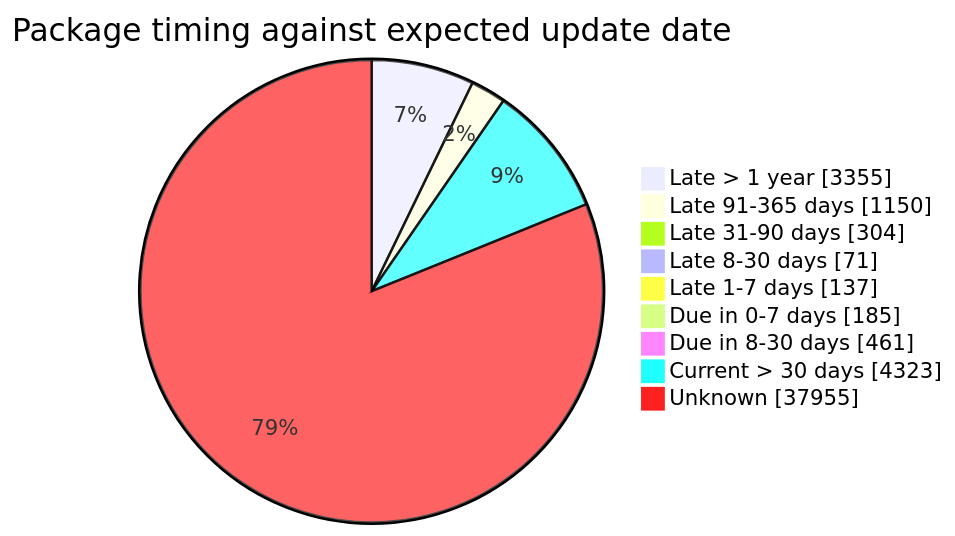
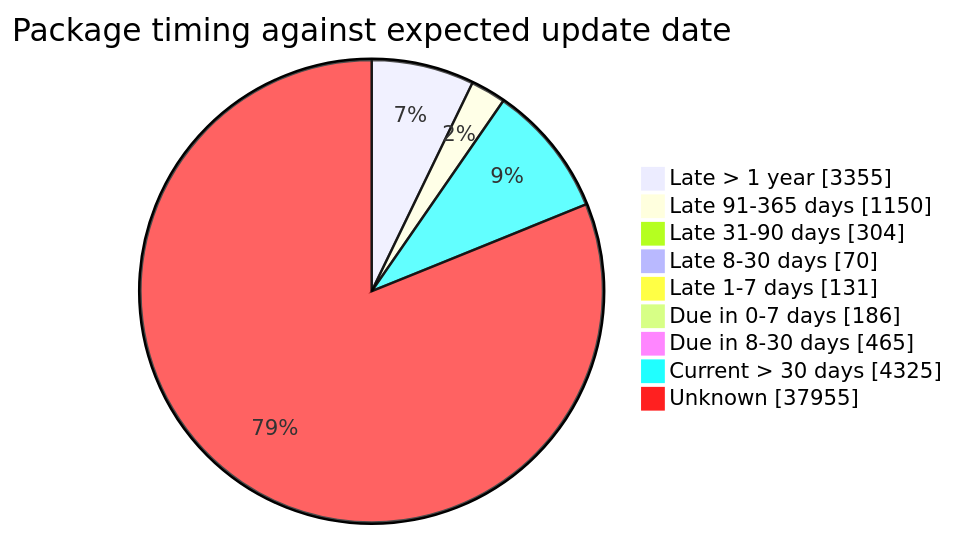
Before and after one commit to open-data/analytics-corporate-reporting: the fourth of 5 diagrams in FreshCheck/README.md, drawn with Mermaid. The commit also changed other lines of this file and 3 other files, not shown here.

````diff
--- a/FreshCheck/README.md
+++ b/FreshCheck/README.md
@@ -86,12 +86,12 @@
 ```mermaid
 pie showData title Package timing against expected update date
     "Late > 1 year": 3355
     "Late 91-365 days": 1150
     "Late 31-90 days": 304
-    "Late 8-30 days": 71
-    "Late 1-7 days": 137
-    "Due in 0-7 days": 185
-    "Due in 8-30 days": 461
-    "Current > 30 days": 4323
+    "Late 8-30 days": 70
+    "Late 1-7 days": 131
+    "Due in 0-7 days": 186
+    "Due in 8-30 days": 465
+    "Current > 30 days": 4325
     "Unknown": 37955
 ```
````
